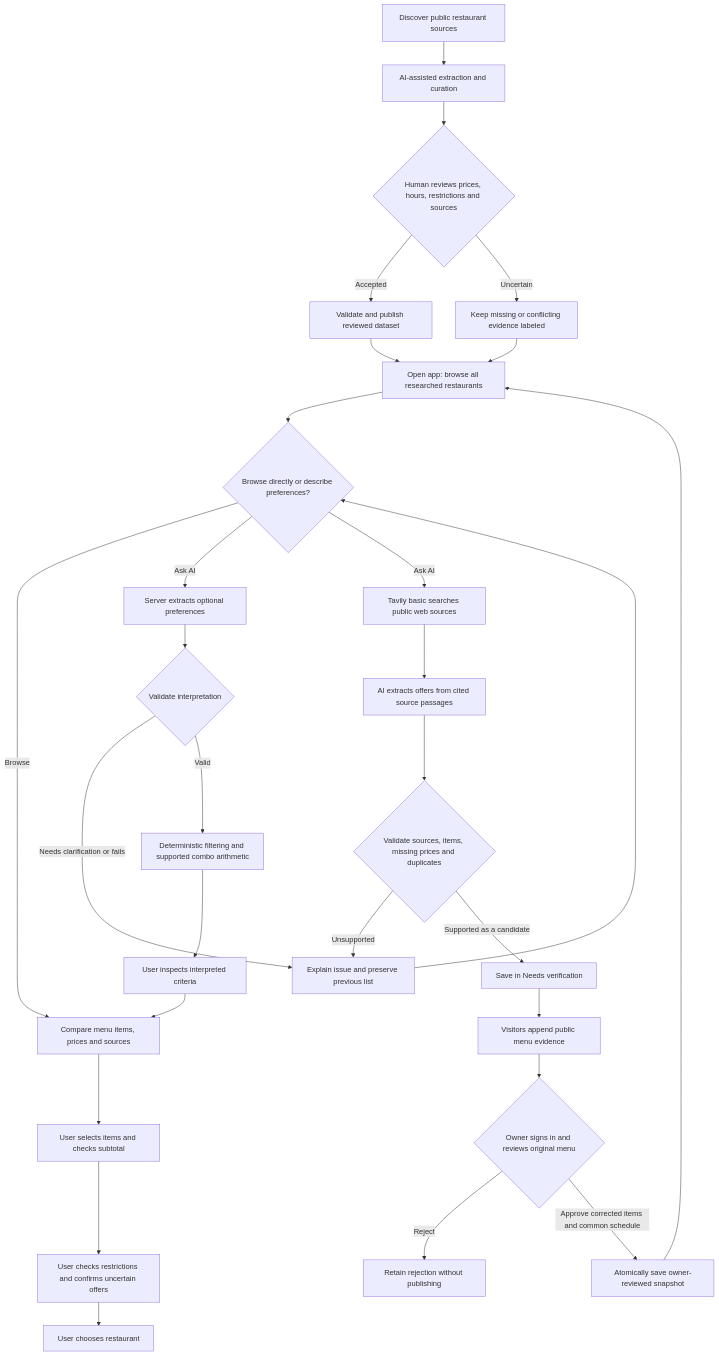
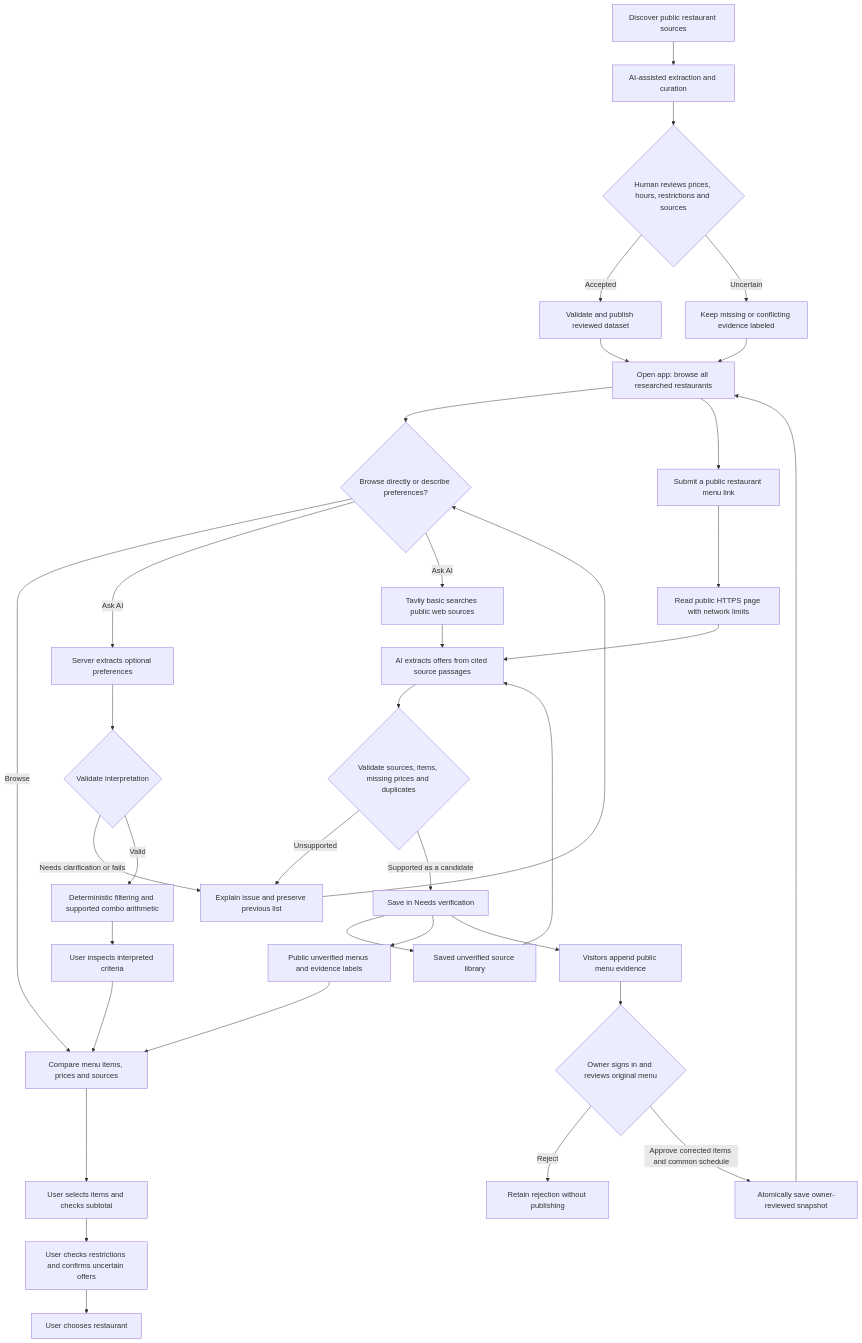
One commit to knmarquez25/happy-hour-finder-v1 changed the diagram in docs/final-submission.md. Above: the diagram before and after it, drawn with Mermaid. The commit also changed other lines of this file and 6 other files, not shown here.

````diff
--- a/docs/final-submission.md
+++ b/docs/final-submission.md
@@ -29,31 +29,38 @@
 ```mermaid
 flowchart TD
   S[Discover public restaurant sources] --> X[AI-assisted extraction and curation]
   X --> H{Human reviews prices, hours, restrictions and sources}
   H -->|Accepted| D[Validate and publish reviewed dataset]
   H -->|Uncertain| U[Keep missing or conflicting evidence labeled]
   D --> B[Open app: browse all researched restaurants]
   U --> B
   B --> Q{Browse directly or describe preferences?}
   Q -->|Browse| M[Compare menu items, prices and sources]
   Q -->|Ask AI| A[Server extracts optional preferences]
   Q -->|Ask AI| W[Tavily basic searches public web sources]
   W --> E[AI extracts offers from cited source passages]
+  B --> L[Submit a public restaurant menu link]
+  L --> G[Read public HTTPS page with network limits]
+  G --> E
+  N --> SL[Saved unverified source library]
+  SL --> E
+  N --> PL[Public unverified menus and evidence labels]
+  PL --> M
   E --> T{Validate sources, items, missing prices and duplicates}
   T -->|Unsupported| R
   T -->|Supported as a candidate| N[Save in Needs verification]
   N --> Y[Visitors append public menu evidence]
   Y --> O{Owner signs in and reviews original menu}
   O -->|Reject| J[Retain rejection without publishing]
   O -->|Approve corrected items and common schedule| K[Atomically save owner-reviewed snapshot]
   K --> B
   A --> V{Validate interpretation}
   V -->|Needs clarification or fails| R[Explain issue and preserve previous list]
   R --> Q
   V -->|Valid| F[Deterministic filtering and supported combo arithmetic]
   F --> I[User inspects interpreted criteria]
   I --> M
   M --> P[User selects items and checks subtotal]
   P --> C[User checks restrictions and confirms uncertain offers]
   C --> Z[User chooses restaurant]
 ```
````
